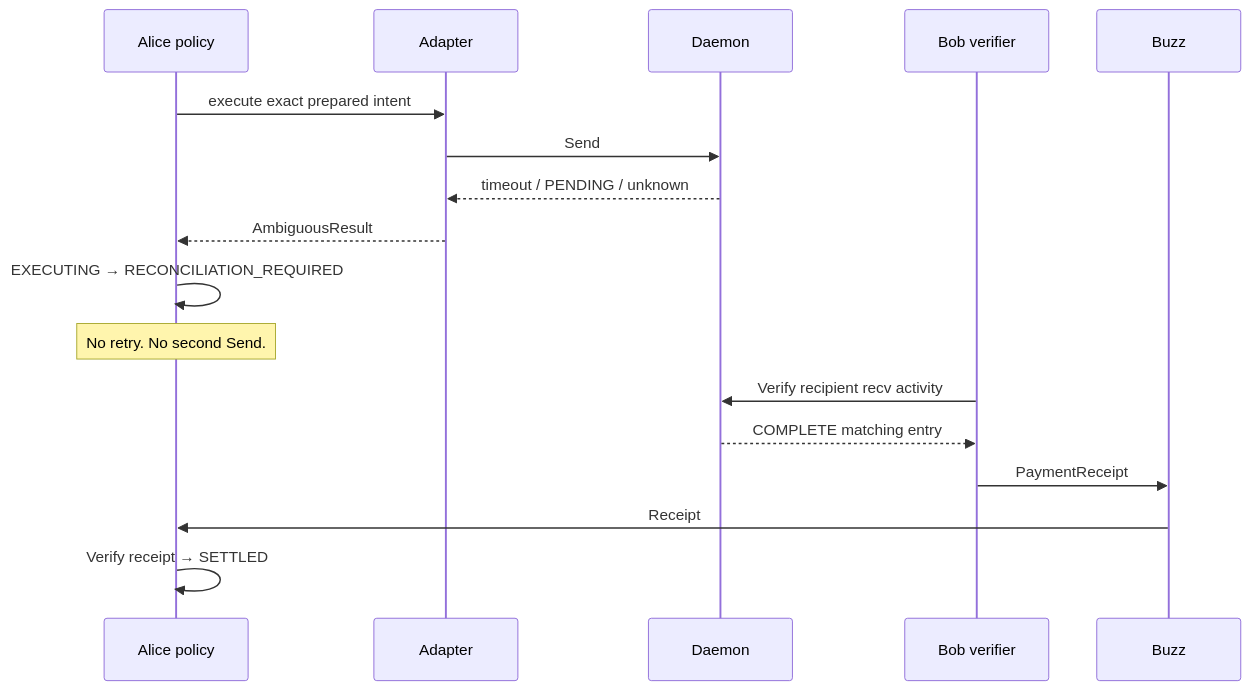
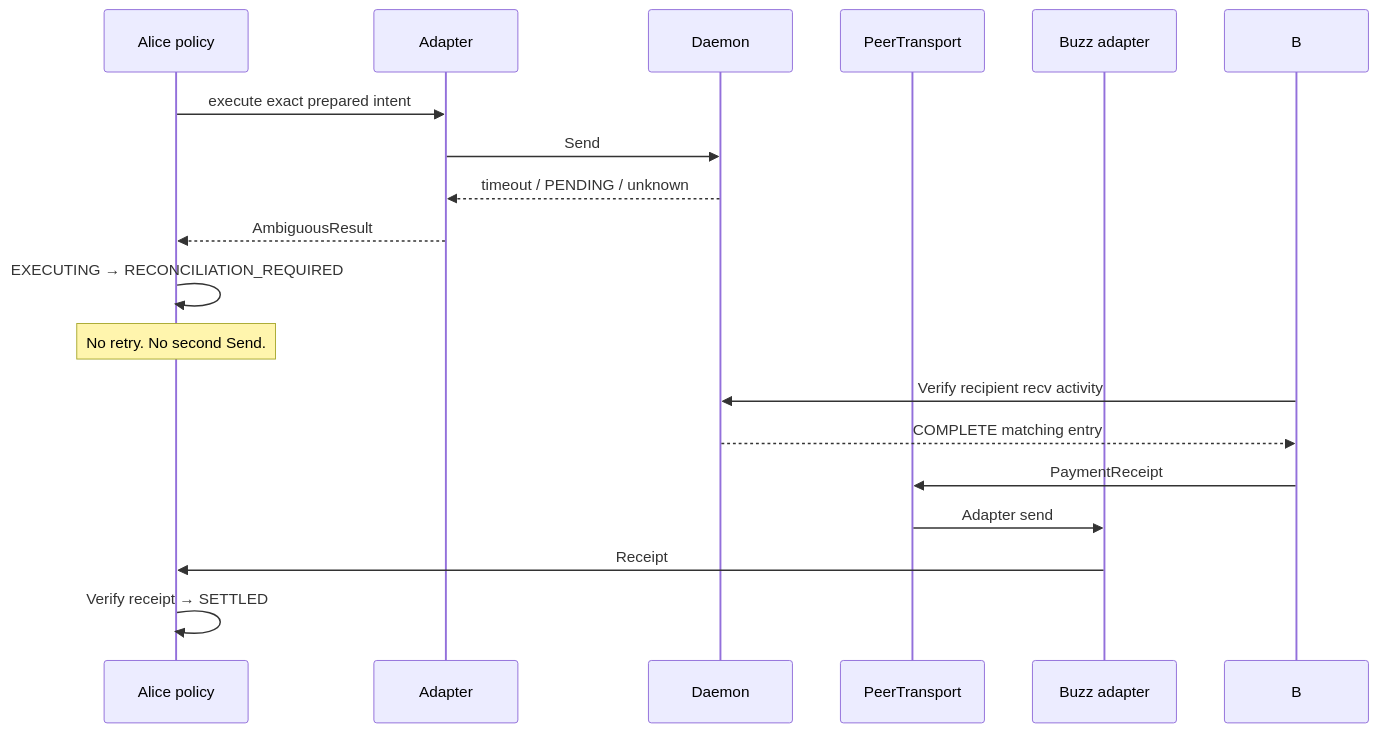
One commit to albidev/hermes-payments changed the second of 5 diagrams in docs/FLOWS.md. Above: the diagram before and after it, drawn with Mermaid. The commit also changed other lines of this file and 21 other files, not shown here.

Commit message:
feat: add transport-neutral Hermes peer flow

````diff
--- a/docs/FLOWS.md
+++ b/docs/FLOWS.md
@@ -42,19 +46,20 @@
 ```mermaid
 sequenceDiagram
     participant A as Alice policy
     participant W as Adapter
     participant D as Daemon
-    participant B as Bob verifier
-    participant BZ as Buzz
+    participant PT as PeerTransport
+    participant BZ as Buzz adapter
     A->>W: execute exact prepared intent
     W->>D: Send
     D-->>W: timeout / PENDING / unknown
     W-->>A: AmbiguousResult
     A->>A: EXECUTING → RECONCILIATION_REQUIRED
     Note over A: No retry. No second Send.
     B->>D: Verify recipient recv activity
     D-->>B: COMPLETE matching entry
-    B->>BZ: PaymentReceipt
+    B->>PT: PaymentReceipt
+    PT->>BZ: Adapter send
     BZ->>A: Receipt
     A->>A: Verify receipt → SETTLED
 ```
````
